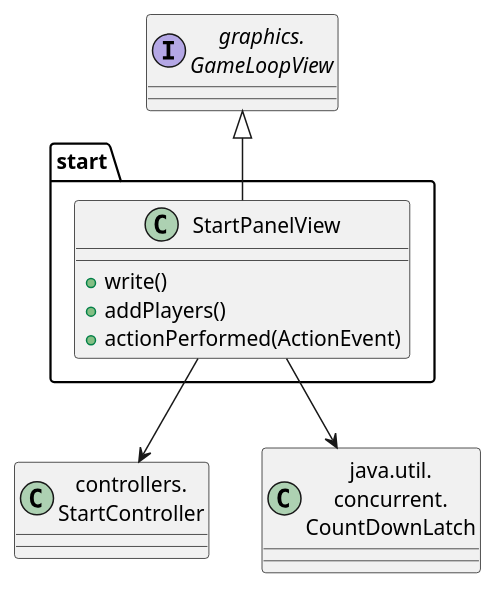
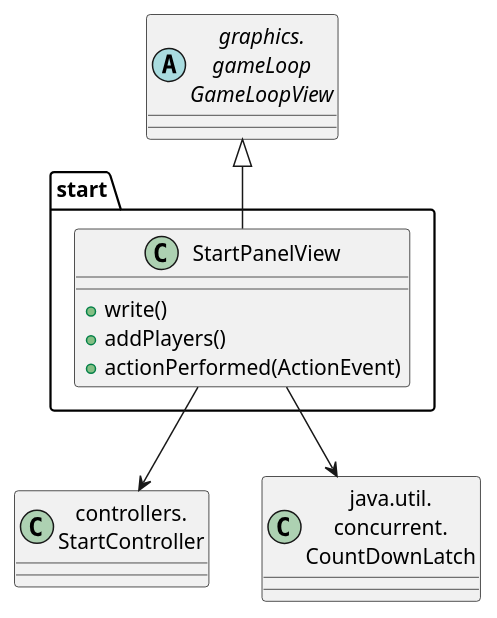
Before and after one commit to js-rom/connect4: the diagram in connect4/Docs/diagrams/src/packages/connect4.connect4.views.graphics.start.plantuml, drawn with PlantUML. The commit also changed 41 other files, not shown here.

Commit message:
refactor: remove cicles betwen graphics and panels #8

```diff
--- a/connect4/Docs/diagrams/src/packages/connect4.connect4.views.graphics.start.plantuml
+++ b/connect4/Docs/diagrams/src/packages/connect4.connect4.views.graphics.start.plantuml
@@ -1,19 +1,17 @@
 @startuml connect4.connect4.views.graphics.start
 
 class StartController as "controllers.\nStartController"
 class CountDownLatch as "java.util.\nconcurrent.\nCountDownLatch"
-
-interface GameLoopView as "graphics.\nGameLoopView" {
-}
+abstract class GameLoopView as "graphics.\ngameLoop\nGameLoopView"
 
 class start.StartPanelView {
     +write()
     +addPlayers()
     +actionPerformed(ActionEvent)
 }
 
 StartPanelView --> StartController
 StartPanelView --> CountDownLatch
 GameLoopView <|-- StartPanelView
 
 @enduml
```
